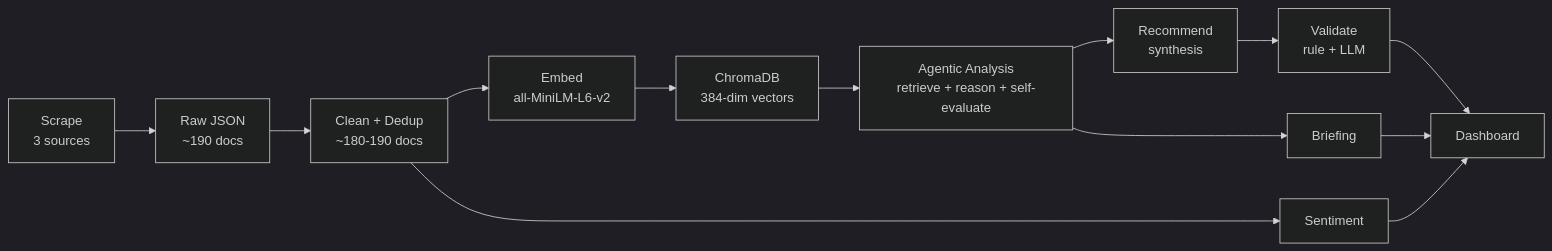
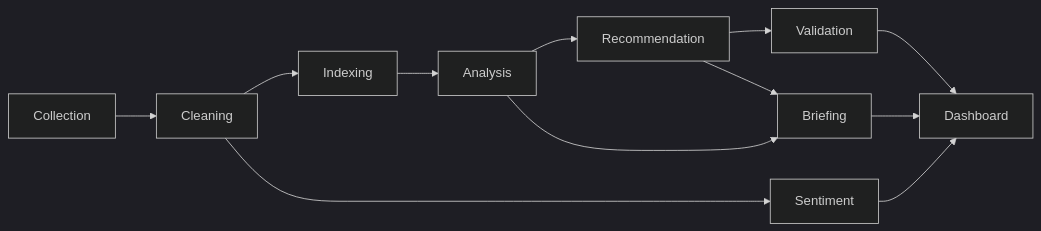
Before and after one commit to Prajwal-BasavarajS/Strategic-Intelligence-Agent-NLP: the third of 3 diagrams in README.md, drawn with Mermaid (dark theme). The commit also changed other lines of this file and 19 other files, not shown here.

````diff
--- a/README.md
+++ b/README.md
@@ -127,15 +106,14 @@
 ```mermaid
 flowchart LR
-    A[Scrape<br/>3 sources] --> B[Raw JSON<br/>~190 docs]
-    B --> C[Clean + Dedup<br/>~180-190 docs]
-    C --> D[Embed<br/>all-MiniLM-L6-v2]
-    D --> E[ChromaDB<br/>384-dim vectors]
-    E --> F[Agentic Analysis<br/>retrieve + reason + self-evaluate]
-    F --> G[Recommend<br/>synthesis]
-    G --> H[Validate<br/>rule + LLM]
-    F --> I[Briefing]
-    C --> J[Sentiment]
-    H --> K[Dashboard]
-    I --> K
-    J --> K
+    A[Collection] --> B[Cleaning]
+    B --> C[Indexing]
+    C --> D[Analysis]
+    D --> E[Recommendation]
+    E --> F[Validation]
+    B --> G[Sentiment]
+    D --> H[Briefing]
+    E --> H
+    F --> DASH[Dashboard]
+    G --> DASH
+    H --> DASH
 ```
````
